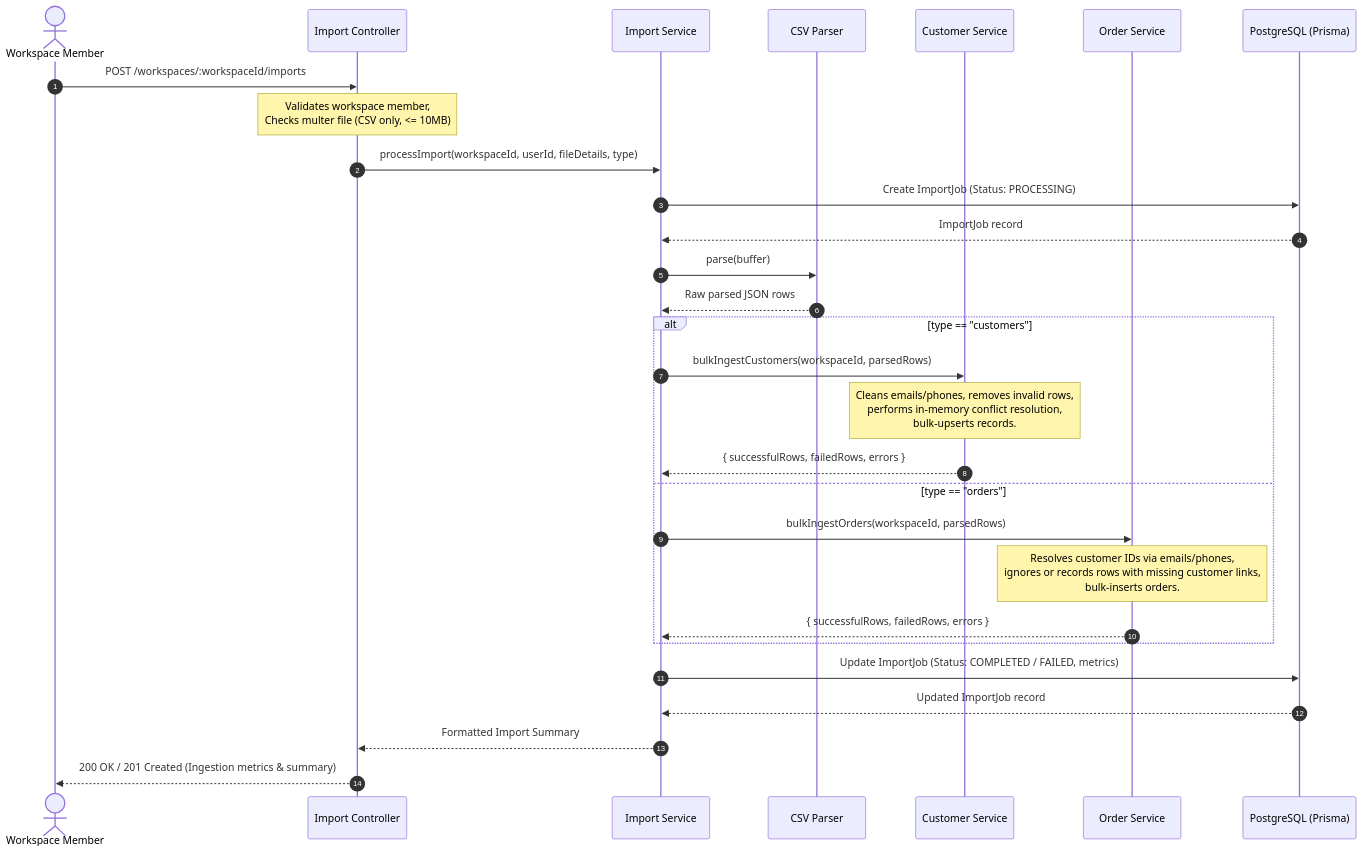
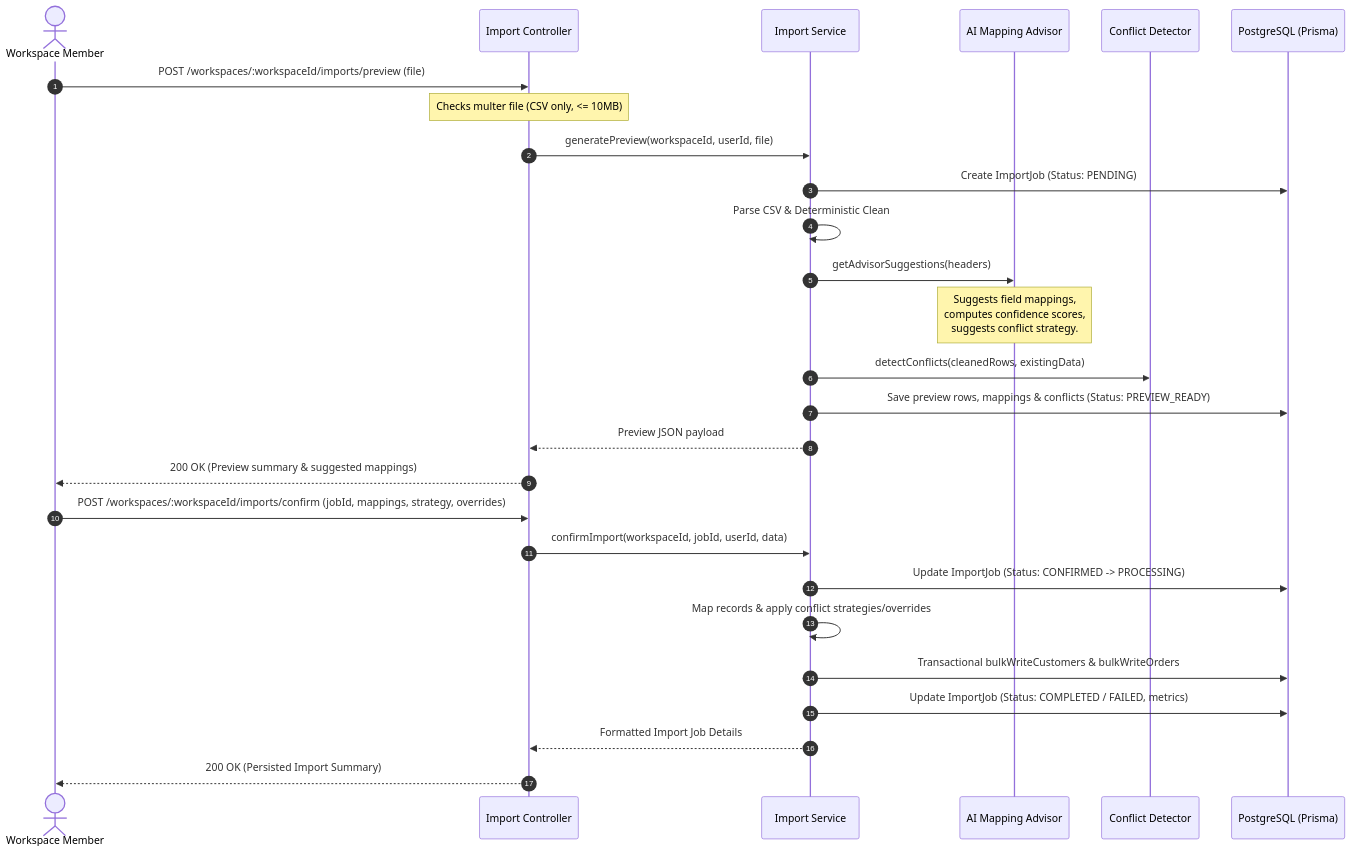
Before and after one commit to MVPAlok/Backend-Project-XENO: the diagram in doc/imports.md, drawn with Mermaid. The commit also changed other lines of this file and 33 other files, not shown here.

Commit message:
Implement AI-assisted single-export CSV ingestion with preview and conflict resolution

````diff
--- a/doc/imports.md
+++ b/doc/imports.md
@@ -17,37 +21,31 @@
 ```mermaid
 sequenceDiagram
     autonumber
     actor User as Workspace Member
     participant Controller as Import Controller
     participant Service as Import Service
-    participant CSV as CSV Parser
-    participant CustService as Customer Service
-    participant OrdService as Order Service
+    participant AI as AI Mapping Advisor
+    participant Conflict as Conflict Detector
     participant DB as PostgreSQL (Prisma)
 
-    User->>Controller: POST /workspaces/:workspaceId/imports
-    Note over Controller: Validates workspace member,<br/>Checks multer file (CSV only, <= 10MB)
-    Controller->>Service: processImport(workspaceId, userId, fileDetails, type)
-    
-    Service->>DB: Create ImportJob (Status: PROCESSING)
-    DB-->>Service: ImportJob record
-    
-    Service->>CSV: parse(buffer)
-    CSV-->>Service: Raw parsed JSON rows
-    
-    alt type == "customers"
-        Service->>CustService: bulkIngestCustomers(workspaceId, parsedRows)
-        Note over CustService: Cleans emails/phones, removes invalid rows,<br/>performs in-memory conflict resolution,<br/>bulk-upserts records.
-        CustService-->>Service: { successfulRows, failedRows, errors }
-    else type == "orders"
-        Service->>OrdService: bulkIngestOrders(workspaceId, parsedRows)
-        Note over OrdService: Resolves customer IDs via emails/phones,<br/>ignores or records rows with missing customer links,<br/>bulk-inserts orders.
-        OrdService-->>Service: { successfulRows, failedRows, errors }
-    end
+    User->>Controller: POST /workspaces/:workspaceId/imports/preview (file)
+    Note over Controller: Checks multer file (CSV only, <= 10MB)
+    Controller->>Service: generatePreview(workspaceId, userId, file)
+    Service->>DB: Create ImportJob (Status: PENDING)
+    Service->>Service: Parse CSV & Deterministic Clean
+    Service->>AI: getAdvisorSuggestions(headers)
+    Note over AI: Suggests field mappings,<br/>computes confidence scores,<br/>suggests conflict strategy.
+    Service->>Conflict: detectConflicts(cleanedRows, existingData)
+    Service->>DB: Save preview rows, mappings & conflicts (Status: PREVIEW_READY)
+    Service-->>Controller: Preview JSON payload
+    Controller-->>User: 200 OK (Preview summary & suggested mappings)
 
+    User->>Controller: POST /workspaces/:workspaceId/imports/confirm (jobId, mappings, strategy, overrides)
+    Controller->>Service: confirmImport(workspaceId, jobId, userId, data)
+    Service->>DB: Update ImportJob (Status: CONFIRMED -> PROCESSING)
+    Service->>Service: Map records & apply conflict strategies/overrides
+    Service->>DB: Transactional bulkWriteCustomers & bulkWriteOrders
     Service->>DB: Update ImportJob (Status: COMPLETED / FAILED, metrics)
-    DB-->>Service: Updated ImportJob record
-    
-    Service-->>Controller: Formatted Import Summary
-    Controller-->>User: 200 OK / 201 Created (Ingestion metrics & summary)
+    Service-->>Controller: Formatted Import Job Details
+    Controller-->>User: 200 OK (Persisted Import Summary)
 ```
````
